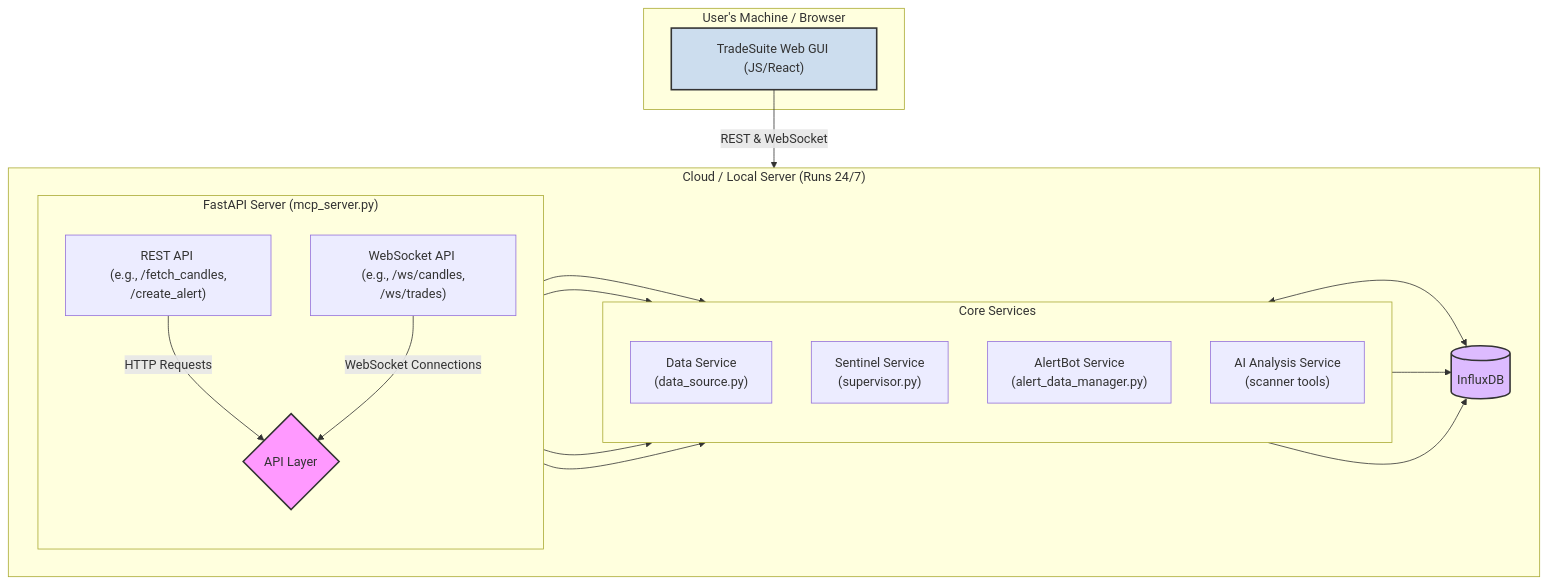
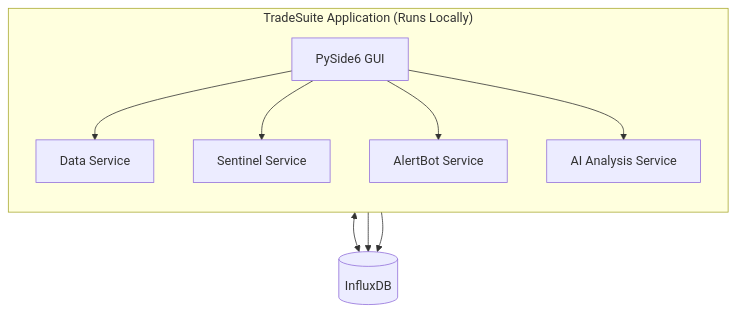
Before and after one commit to pattty847/Trade-Suite-v2: the diagram in docs/design_documents/active_proposals/trade_suite_full_ai_sentinel_integration.md, drawn with Mermaid. The commit also changed other lines of this file, not shown here.

Commit message:
[Docs] Refactor frontend blueprint for PySide6

````diff
--- a/docs/design_documents/active_proposals/trade_suite_full_ai_sentinel_integration.md
+++ b/docs/design_documents/active_proposals/trade_suite_full_ai_sentinel_integration.md
@@ -11,45 +11,22 @@
 ```mermaid
 graph TD;
-    subgraph "Cloud / Local Server (Runs 24/7)"
-        direction LR
-        
-        subgraph "FastAPI Server (mcp_server.py)"
-            direction TB
-            A["REST API <br/> (e.g., /fetch_candles, /create_alert)"]
-            B["WebSocket API <br/> (e.g., /ws/candles, /ws/trades)"]
-            A -- HTTP Requests --> C
-            B -- WebSocket Connections --> C
-            C{API Layer}
-            
-        end
-
-        subgraph "Core Services"
-            direction TB
-            D["Data Service <br/> (data_source.py)"]
-            S["Sentinel Service <br/> (supervisor.py)"]
-            AB["AlertBot Service <br/> (alert_data_manager.py)"]
-            AI["AI Analysis Service <br/> (scanner tools)"]
-        end
-        
-        C --> D
-        C --> S
-        C --> AB
-        C --> AI
-
-        InfluxDB[(InfluxDB)]
-
-        D <--> InfluxDB
-        S --> InfluxDB
-        AI --> InfluxDB
+    subgraph "TradeSuite Application (Runs Locally)"
+        direction TB
+        GUI["PySide6 GUI"]
+        D["Data Service"]
+        S["Sentinel Service"]
+        AB["AlertBot Service"]
+        AI["AI Analysis Service"]
     end
 
-    subgraph "User's Machine / Browser"
-        TS_GUI["TradeSuite Web GUI (JS/React)"]
-    end
+    InfluxDB[(InfluxDB)]
 
-    TS_GUI -- "REST & WebSocket" --> C;
+    GUI --> D
+    GUI --> S
+    GUI --> AB
+    GUI --> AI
 
-    style TS_GUI fill:#cde,stroke:#333,stroke-width:2px
-    style InfluxDB fill:#dbf,stroke:#333,stroke-width:2px
-    style C fill:#f9f,stroke:#333,stroke-width:2px
+    D <--> InfluxDB
+    S --> InfluxDB
+    AI --> InfluxDB
 ```
````
